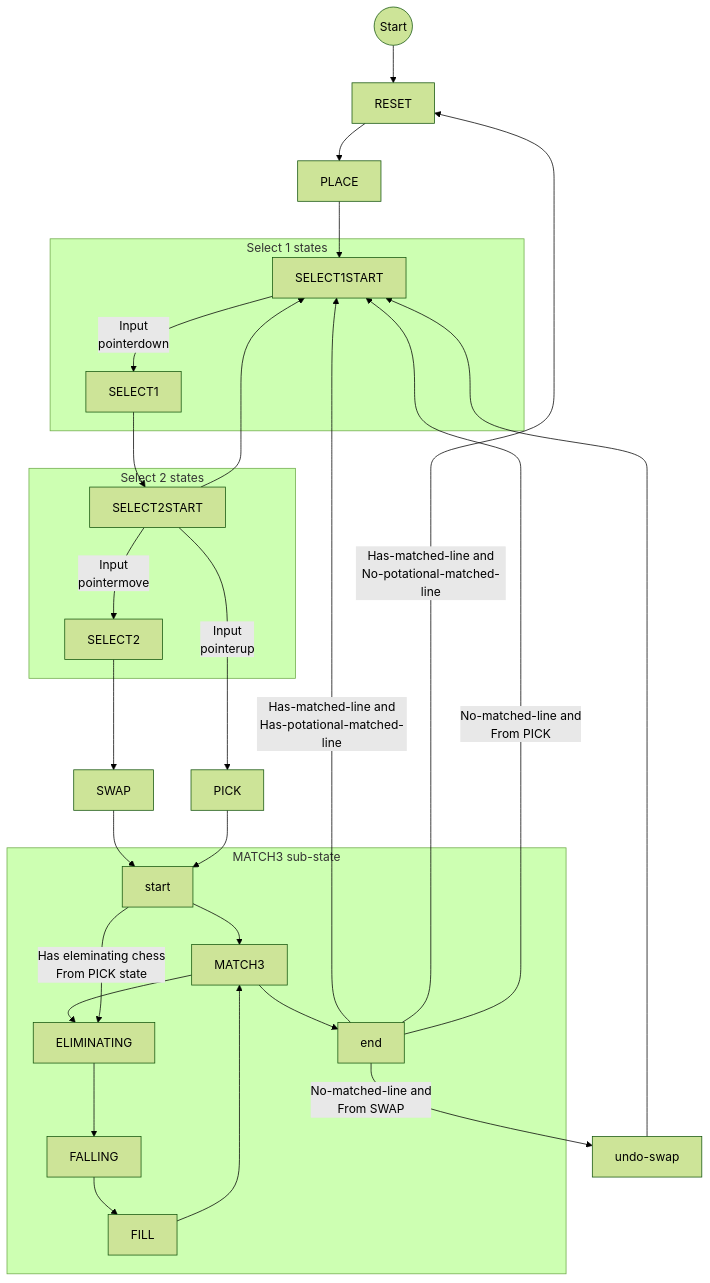
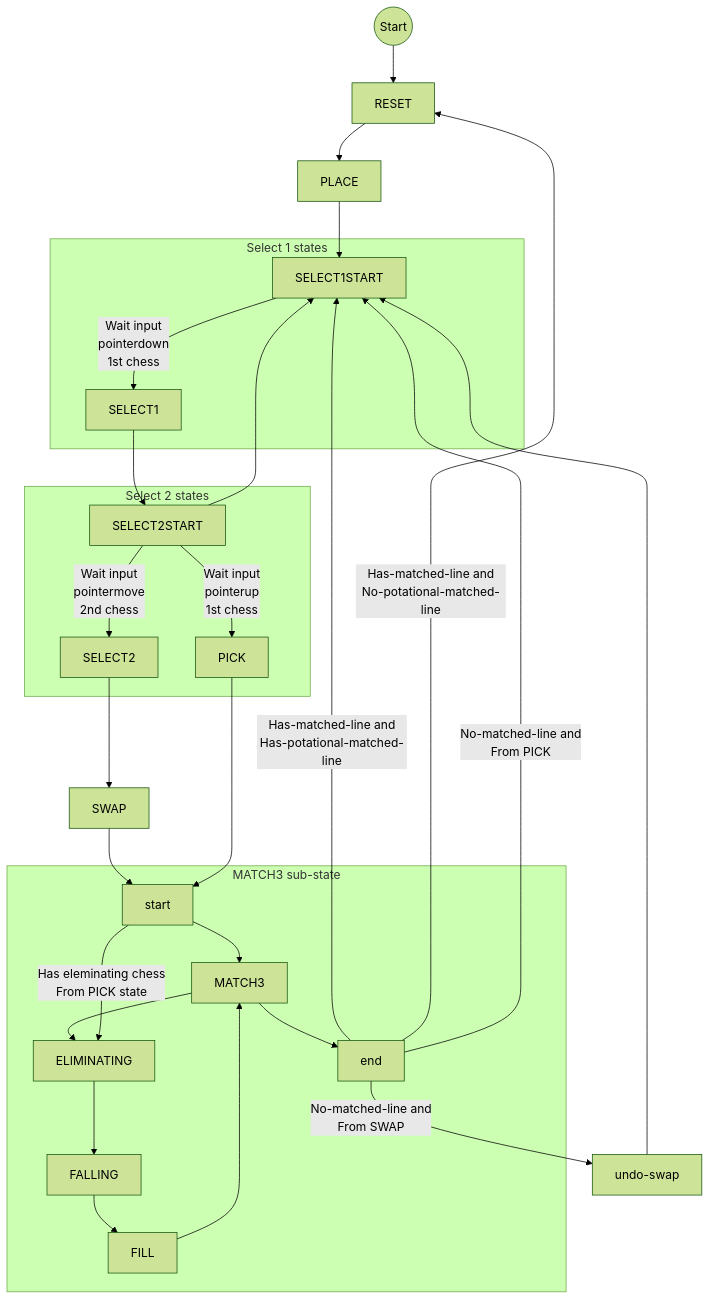
One commit to rexrainbow/phaser3-rex-notes changed the diagram in docs/docs/board-bejeweled.md. Above: the diagram before and after it, drawn with Mermaid (forest theme). The commit also changed 4 other files, not shown here.

````diff
--- a/docs/docs/board-bejeweled.md
+++ b/docs/docs/board-bejeweled.md
@@ -210,41 +210,41 @@
 ```mermaid
 graph TD
 
 Start((Start)) --> RESET --> PLACE
 
 PLACE --> SELECT1START
 
 subgraph Select 1 states
-  SELECT1START --> |Input<br>pointerdown| SELECT1
+  SELECT1START --> |Wait input<br>pointerdown<br>1st chess| SELECT1
 end
 
 SELECT1 --> SELECT2START
 
 subgraph Select 2 states
-  SELECT2START --> |Input<br>pointermove| SELECT2
+  SELECT2START --> |Wait input<br>pointermove<br>2nd chess| SELECT2
+  SELECT2START --> |Wait input<br>pointerup<br>1st chess| PICK
 end
 
 SELECT2START --> SELECT1START
 SELECT2 --> SWAP
 SWAP --> MatchStart[start]
 
 subgraph MATCH3 sub-state
   MatchStart --> MATCH3
   MATCH3 --> ELIMINATING
   MATCH3 --> MatchEnd[end]
   ELIMINATING --> FALLING
   FALLING --> FILL
   FILL --> MATCH3
 
   MatchStart --> |Has eleminating chess<br>From PICK state| ELIMINATING
 end
 
-SELECT2START --> |Input<br>pointerup| PICK
 PICK --> MatchStart[start]
 
 MatchEnd --> |No-matched-line and<br>From SWAP| UndoSwap[undo-swap] --> SELECT1START
 MatchEnd --> |Has-matched-line and<br>Has-potational-matched-line| SELECT1START
 MatchEnd --> |Has-matched-line and<br>No-potational-matched-line| RESET
 MatchEnd --> |No-matched-line and<br>From PICK| SELECT1START
 
 ```
````
